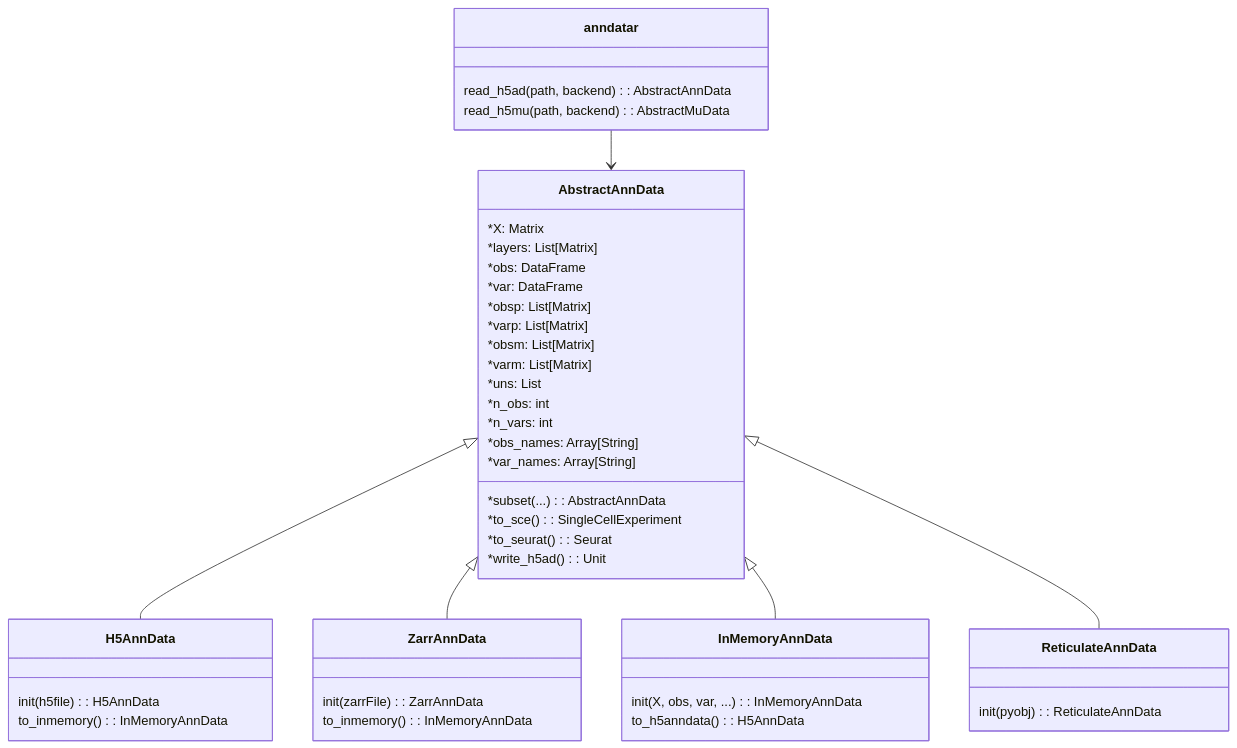
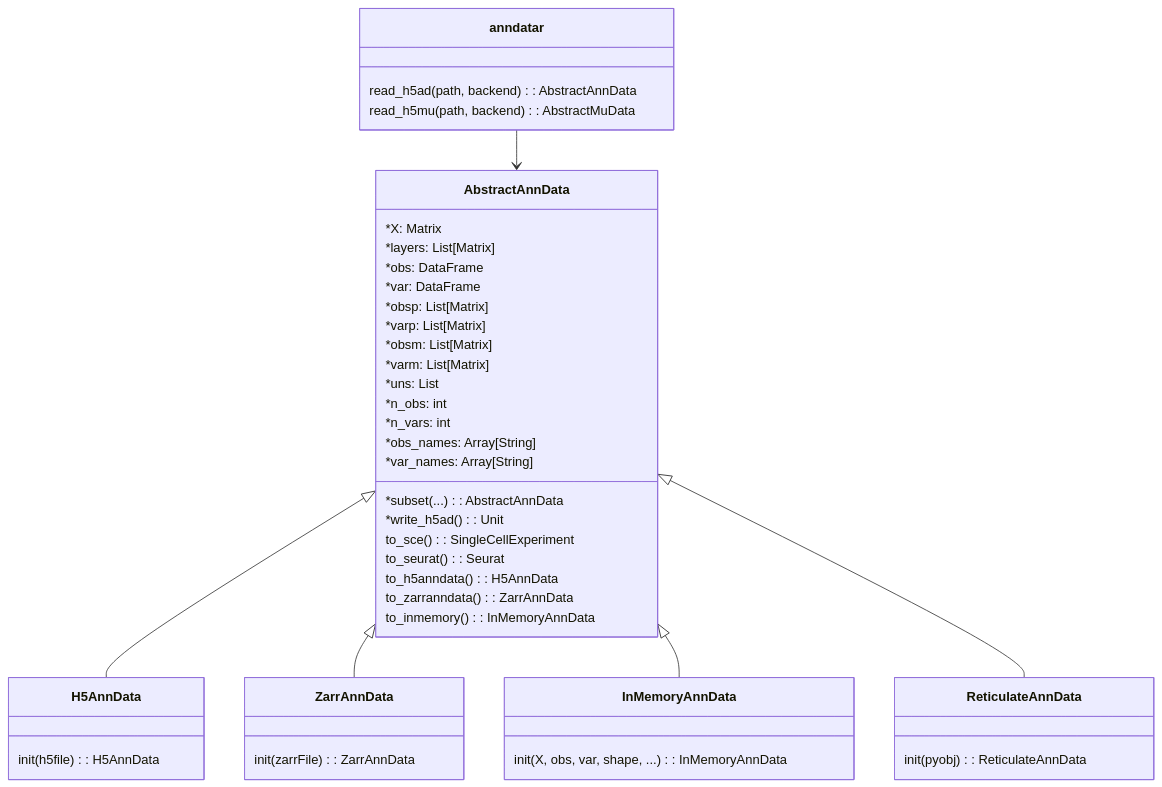
Before and after one commit to scverse/anndataR: the diagram in doc/design.md, drawn with Mermaid. The commit also changed 1 other file, not shown here.

Commit message:
add functions to spec

````diff
--- a/doc/design.md
+++ b/doc/design.md
@@ -47,51 +47,53 @@
 ``` mermaid
 classDiagram
   class AbstractAnnData {
     *X: Matrix
     *layers: List[Matrix]
     *obs: DataFrame
     *var: DataFrame
     *obsp: List[Matrix]
     *varp: List[Matrix]
     *obsm: List[Matrix]
     *varm: List[Matrix]
     *uns: List
     *n_obs: int
     *n_vars: int
     *obs_names: Array[String]
     *var_names: Array[String]
     *subset(...): AbstractAnnData
-    *to_sce(): SingleCellExperiment
-    *to_seurat(): Seurat
     *write_h5ad(): Unit
+    
+    to_sce(): SingleCellExperiment
+    to_seurat(): Seurat
+    
+    to_h5anndata(): H5AnnData
+    to_zarranndata(): ZarrAnnData
+    to_inmemory(): InMemoryAnnData
   }
 
   AbstractAnnData <|-- H5AnnData
   class H5AnnData {
     init(h5file): H5AnnData
-    to_inmemory(): InMemoryAnnData
   }
 
   AbstractAnnData <|-- ZarrAnnData
   class ZarrAnnData {
     init(zarrFile): ZarrAnnData
-    to_inmemory(): InMemoryAnnData
   }
 
   AbstractAnnData <|-- InMemoryAnnData
   class InMemoryAnnData {
-    init(X, obs, var, ...): InMemoryAnnData
-    to_h5anndata(): H5AnnData
+    init(X, obs, var, shape, ...): InMemoryAnnData
   }
 
   AbstractAnnData <|-- ReticulateAnnData
   class ReticulateAnnData {
     init(pyobj): ReticulateAnnData
   }
 
   class anndatar {
     read_h5ad(path, backend): AbstractAnnData
     read_h5mu(path, backend): AbstractMuData
   }
   anndatar --> AbstractAnnData
 ```
````
